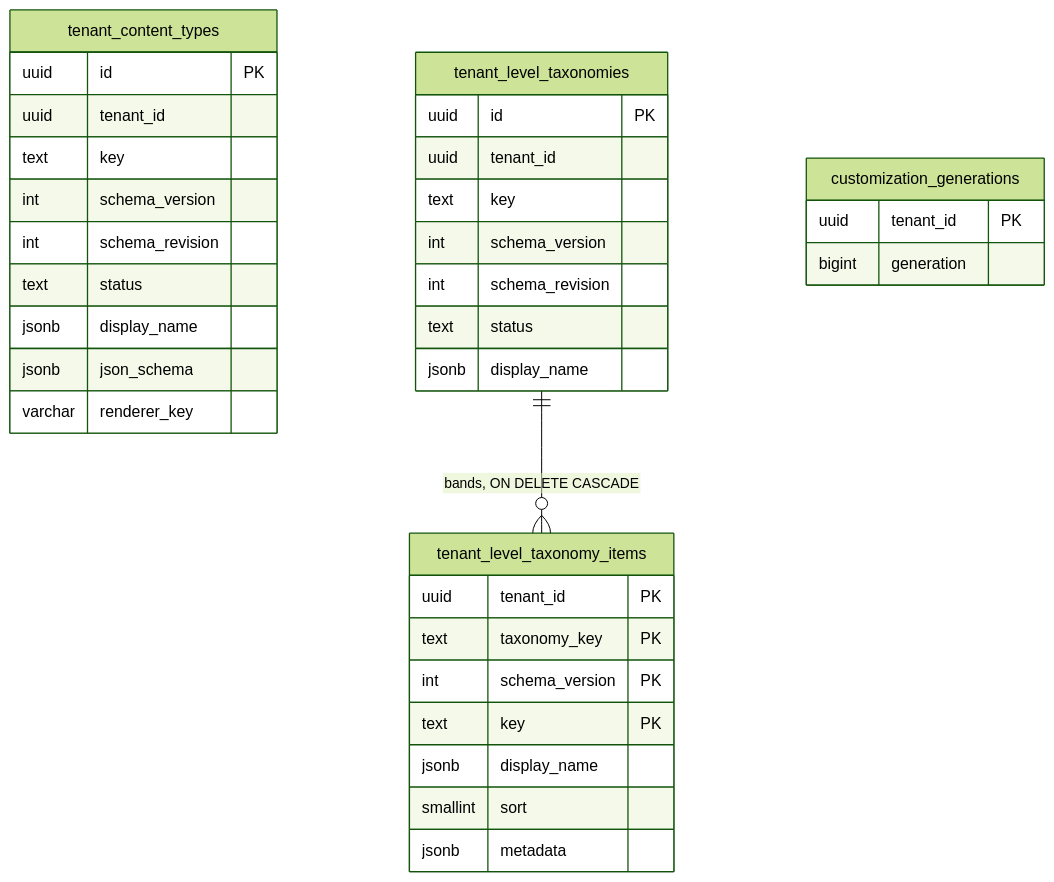
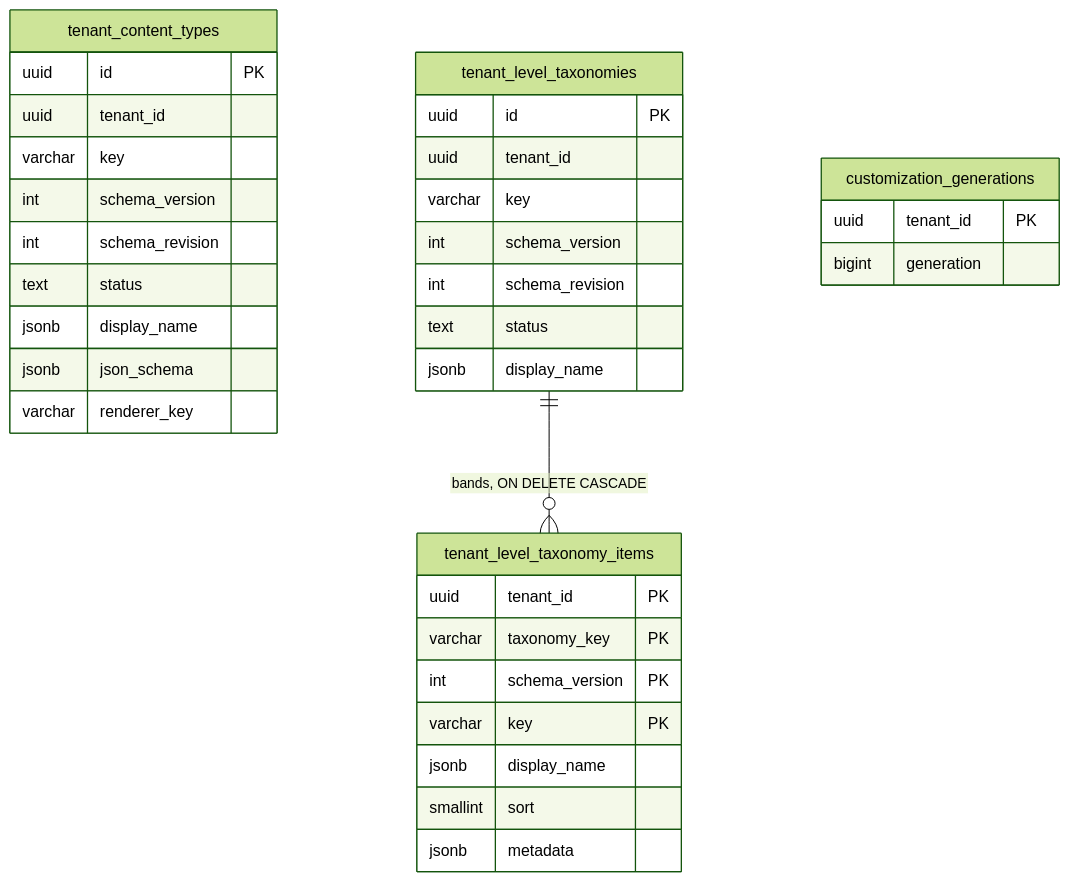
The first of 4 diagrams in docs/modules/customization/README.md (HodeTech/LearnStack), drawn with Mermaid (forest theme) before and after one commit. The commit also changed other lines of this file and 8 other files, not shown here.

````diff
--- a/docs/modules/customization/README.md
+++ b/docs/modules/customization/README.md
@@ -55,38 +55,38 @@
 ```mermaid
 erDiagram
     tenant_content_types {
         uuid id PK
         uuid tenant_id
-        text key
+        varchar key
         int schema_version
         int schema_revision
         text status
         jsonb display_name
         jsonb json_schema
         varchar renderer_key
     }
     tenant_level_taxonomies {
         uuid id PK
         uuid tenant_id
-        text key
+        varchar key
         int schema_version
         int schema_revision
         text status
         jsonb display_name
     }
     tenant_level_taxonomy_items {
         uuid tenant_id PK
-        text taxonomy_key PK
+        varchar taxonomy_key PK
         int schema_version PK
-        text key PK
+        varchar key PK
         jsonb display_name
         smallint sort
         jsonb metadata
     }
     customization_generations {
         uuid tenant_id PK
         bigint generation
     }
 
     tenant_level_taxonomies ||--o{ tenant_level_taxonomy_items : "bands, ON DELETE CASCADE"
 ```
````
